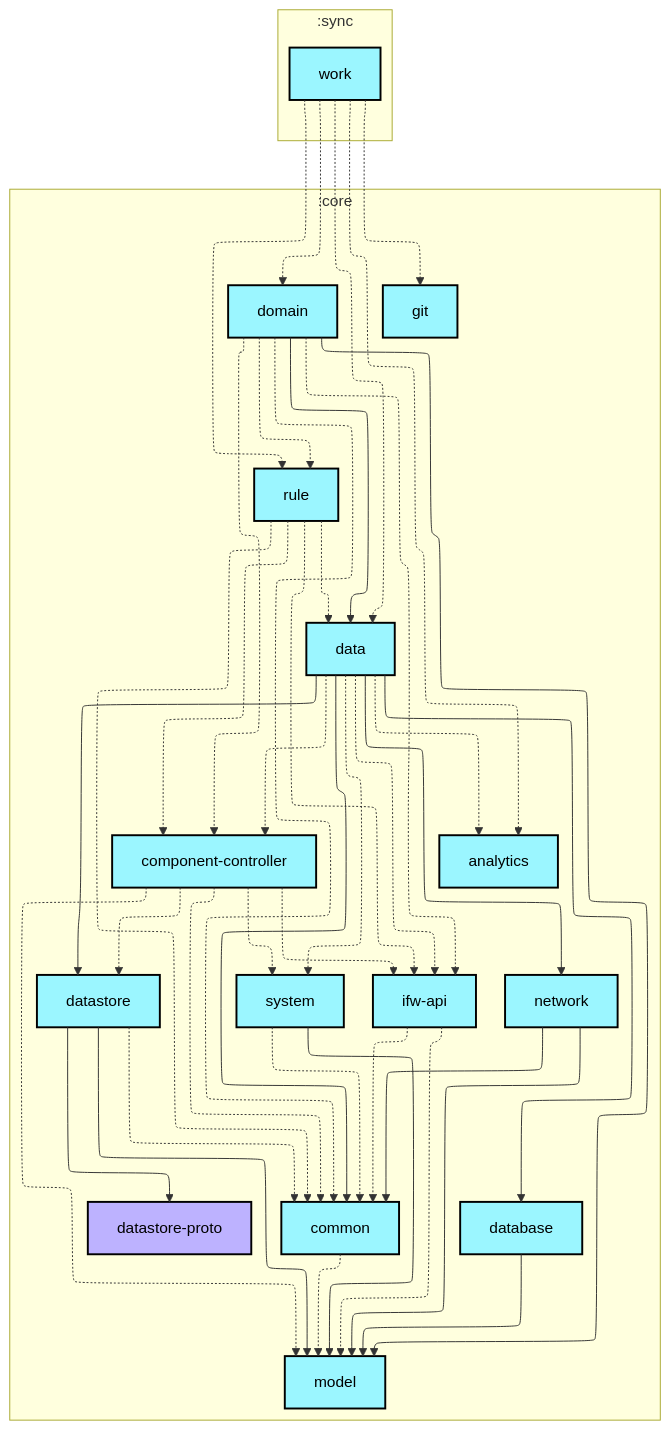
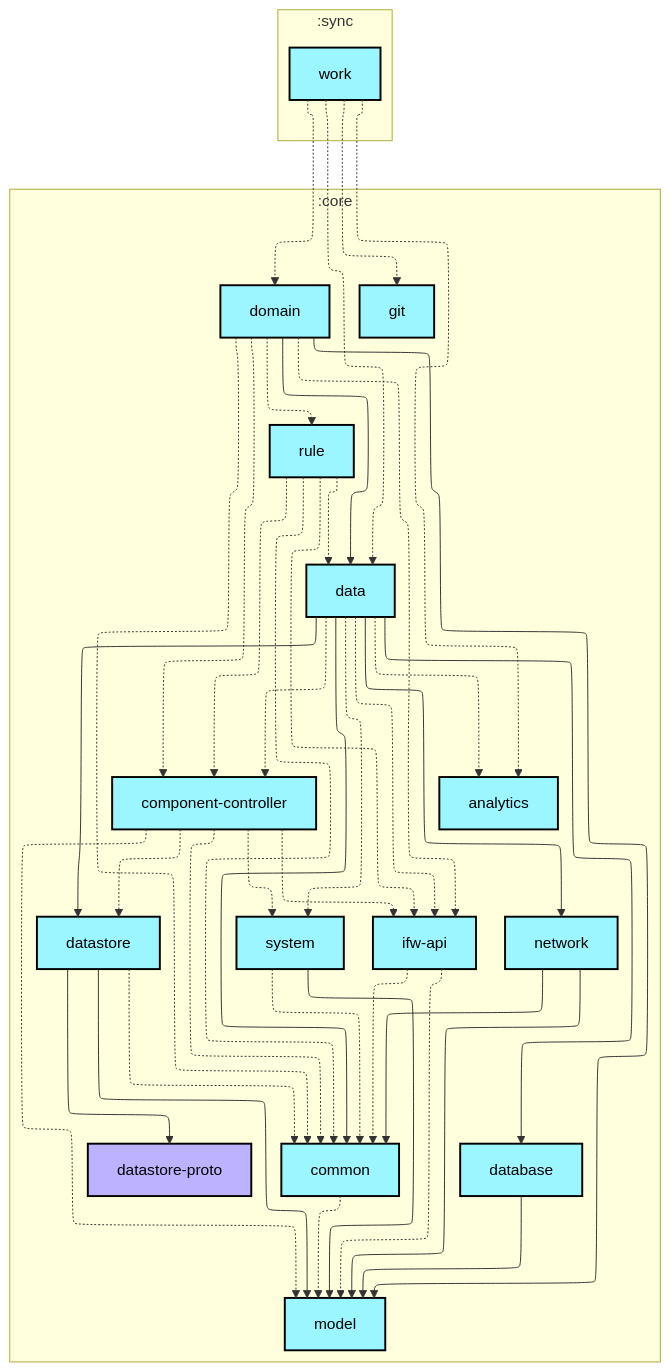
One commit to lihenggui/blocker changed the first of 2 diagrams in sync/work/README.md. Above: the diagram before and after it, drawn with Mermaid. The commit also changed 62 other files, not shown here.

````diff
--- a/sync/work/README.md
+++ b/sync/work/README.md
@@ -6,77 +6,76 @@
 ```mermaid
 ---
 config:
   layout: elk
   elk:
     nodePlacementStrategy: SIMPLE
 ---
 graph TB
   subgraph :sync
     direction TB
     :sync:work[work]:::android-library
   end
   subgraph :core
     direction TB
     :core:analytics[analytics]:::android-library
     :core:common[common]:::android-library
     :core:component-controller[component-controller]:::android-library
     :core:data[data]:::android-library
     :core:database[database]:::android-library
     :core:datastore[datastore]:::android-library
     :core:datastore-proto[datastore-proto]:::jvm-library
     :core:domain[domain]:::android-library
     :core:git[git]:::android-library
     :core:ifw-api[ifw-api]:::android-library
     :core:model[model]:::android-library
     :core:network[network]:::android-library
     :core:rule[rule]:::android-library
     :core:system[system]:::android-library
   end
 
   :core:common -.-> :core:model
   :core:component-controller -.-> :core:common
   :core:component-controller -.-> :core:datastore
   :core:component-controller -.-> :core:ifw-api
   :core:component-controller -.-> :core:model
   :core:component-controller -.-> :core:system
   :core:data -.-> :core:analytics
   :core:data --> :core:common
   :core:data -.-> :core:component-controller
   :core:data --> :core:database
   :core:data --> :core:datastore
   :core:data -.-> :core:ifw-api
   :core:data --> :core:network
   :core:data -.-> :core:system
   :core:database --> :core:model
   :core:datastore -.-> :core:common
   :core:datastore --> :core:datastore-proto
   :core:datastore --> :core:model
   :core:domain -.-> :core:common
   :core:domain -.-> :core:component-controller
   :core:domain --> :core:data
   :core:domain -.-> :core:ifw-api
   :core:domain --> :core:model
   :core:domain -.-> :core:rule
   :core:ifw-api -.-> :core:common
   :core:ifw-api -.-> :core:model
   :core:network --> :core:common
   :core:network --> :core:model
   :core:rule -.-> :core:common
   :core:rule -.-> :core:component-controller
   :core:rule -.-> :core:data
   :core:rule -.-> :core:ifw-api
   :core:system -.-> :core:common
   :core:system --> :core:model
   :sync:work -.-> :core:analytics
   :sync:work -.-> :core:data
   :sync:work -.-> :core:domain
   :sync:work -.-> :core:git
-  :sync:work -.-> :core:rule
 
 classDef android-application fill:#CAFFBF,stroke:#000,stroke-width:2px,color:#000;
 classDef android-feature fill:#FFD6A5,stroke:#000,stroke-width:2px,color:#000;
 classDef android-library fill:#9BF6FF,stroke:#000,stroke-width:2px,color:#000;
 classDef android-test fill:#A0C4FF,stroke:#000,stroke-width:2px,color:#000;
 classDef jvm-library fill:#BDB2FF,stroke:#000,stroke-width:2px,color:#000;
 classDef unknown fill:#FFADAD,stroke:#000,stroke-width:2px,color:#000;
 ```
````
